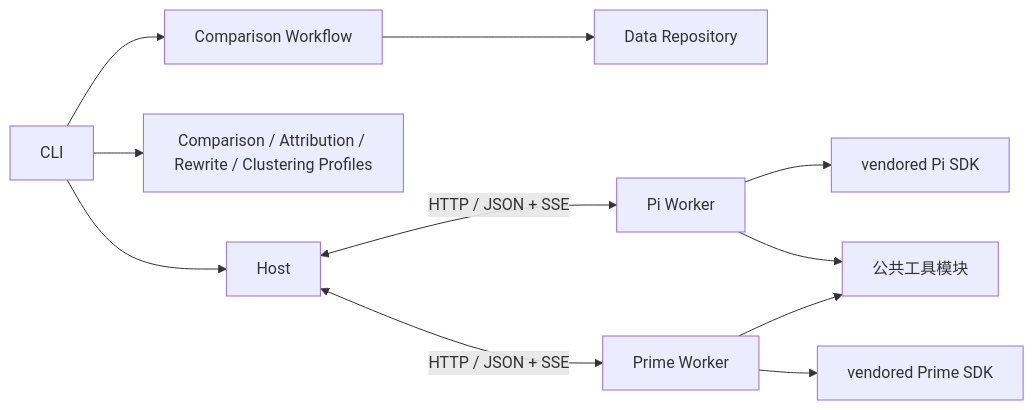
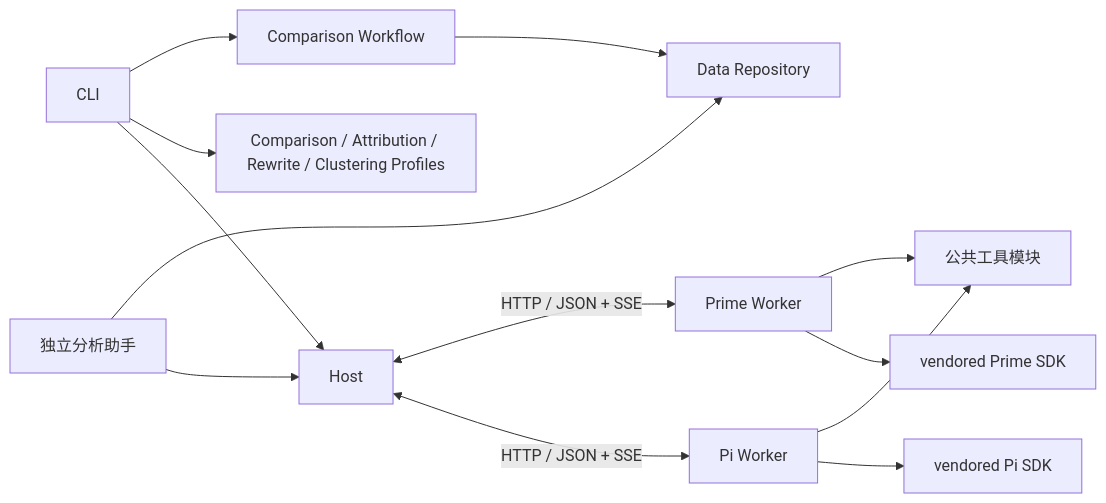
Before and after one commit to cmy-hhxx/agent_eval_harness: the diagram in docs/architecture.md, drawn with Mermaid. The commit also changed other lines of this file and 1569 other files, not shown here.

````diff
--- a/docs/architecture.md
+++ b/docs/architecture.md
@@ -9,13 +9,15 @@
 ```mermaid
 flowchart LR
   CLI --> Host
   CLI --> Agents[Comparison / Attribution / Rewrite / Clustering Profiles]
   CLI --> Workflow[Comparison Workflow]
-  Workflow --> Data[Data Repository]
+  Assistant[独立分析助手] --> Host
+  Assistant --> Data[Data Repository]
+  Workflow --> Data
   Host <-->|HTTP / JSON + SSE| Pi[Pi Worker]
   Host <-->|HTTP / JSON + SSE| Prime[Prime Worker]
   Pi --> PiSDK[vendored Pi SDK]
   Prime --> PrimeSDK[vendored Prime SDK]
   Pi --> Tools[公共工具模块]
   Prime --> Tools
 ```
````
